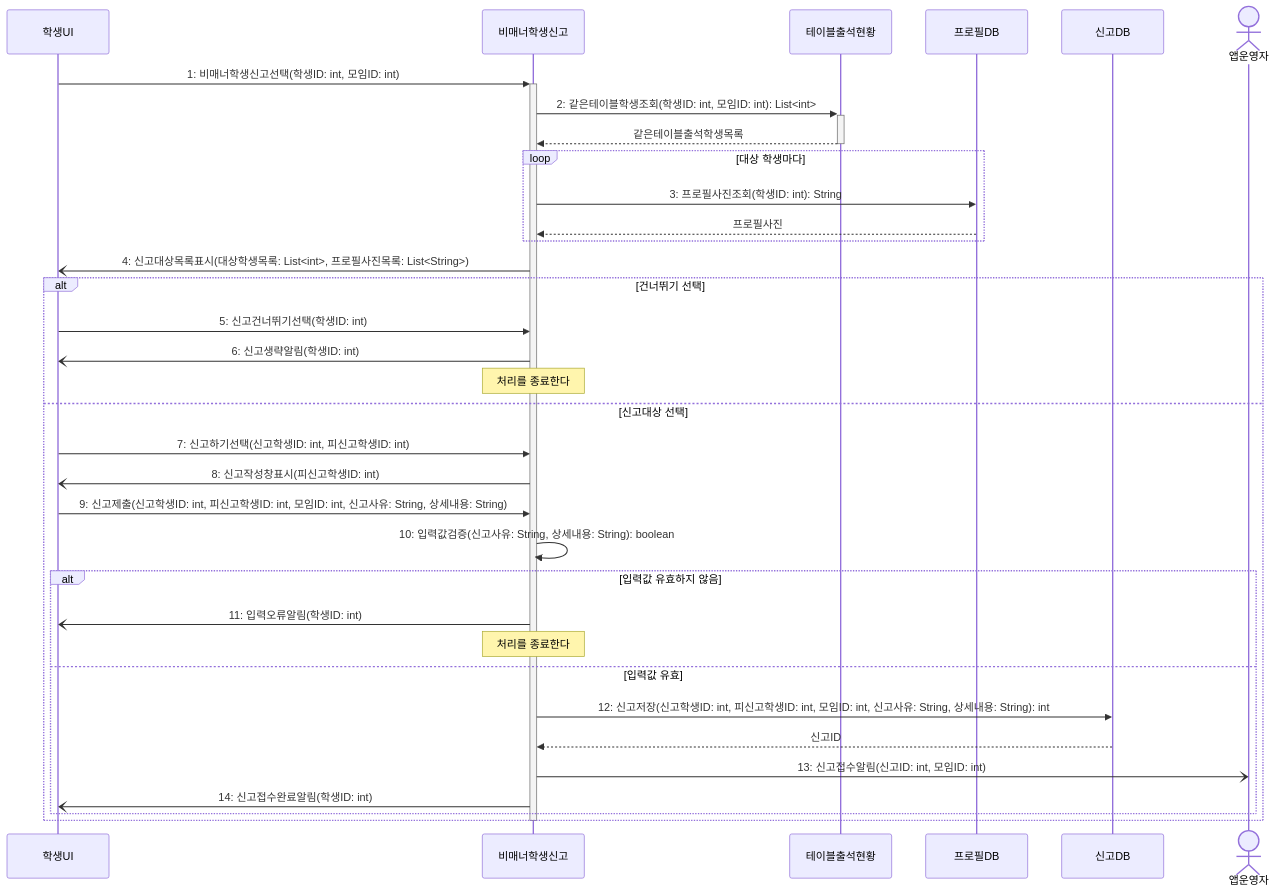
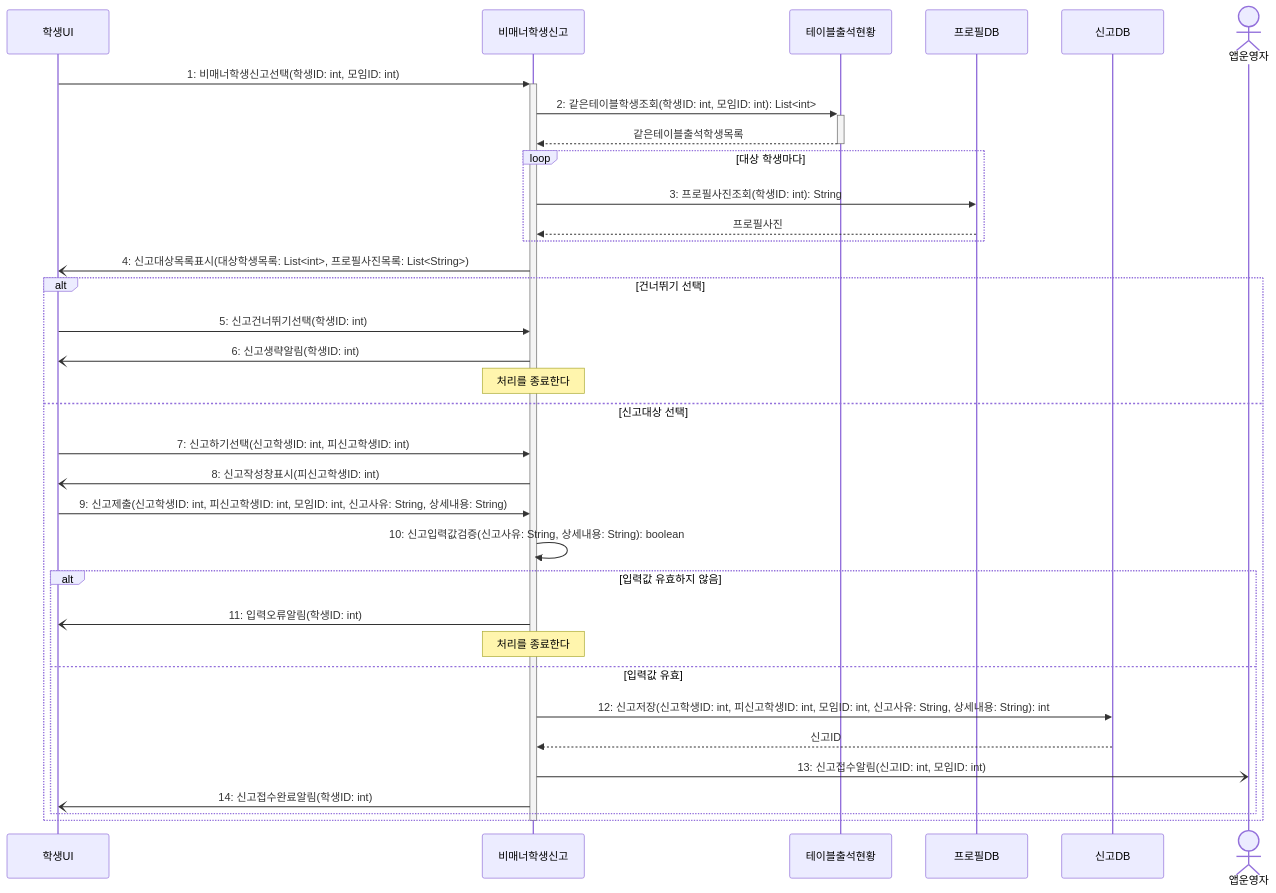
The diagram in sequence/seq-12.md (hojae3/sw-engineering-16), drawn with Mermaid before and after one commit. The commit also changed other lines of this file and 35 other files, not shown here.

````diff
--- a/sequence/seq-12.md
+++ b/sequence/seq-12.md
@@ -25,40 +25,40 @@
 ```mermaid
 sequenceDiagram
     participant 학생UI as 학생UI
     participant 신고 as 비매너학생신고
     participant 현황 as 테이블출석현황
     participant 프로필DB as 프로필DB
     participant 신고DB as 신고DB
     actor 앱운영자
 
     학생UI->>+신고: 1: 비매너학생신고선택(학생ID: int, 모임ID: int)
     신고->>+현황: 2: 같은테이블학생조회(학생ID: int, 모임ID: int): List<int>
     현황-->>-신고: 같은테이블출석학생목록
     loop 대상 학생마다
         신고->>프로필DB: 3: 프로필사진조회(학생ID: int): String
         프로필DB-->>신고: 프로필사진
     end
     신고-)학생UI: 4: 신고대상목록표시(대상학생목록: List<int>, 프로필사진목록: List<String>)
 
     alt 건너뛰기 선택
         학생UI->>신고: 5: 신고건너뛰기선택(학생ID: int)
         신고-)학생UI: 6: 신고생략알림(학생ID: int)
         Note over 신고: 처리를 종료한다
     else 신고대상 선택
         학생UI->>신고: 7: 신고하기선택(신고학생ID: int, 피신고학생ID: int)
         신고-)학생UI: 8: 신고작성창표시(피신고학생ID: int)
         학생UI->>신고: 9: 신고제출(신고학생ID: int, 피신고학생ID: int, 모임ID: int, 신고사유: String, 상세내용: String)
-        신고->>신고: 10: 입력값검증(신고사유: String, 상세내용: String): boolean
+        신고->>신고: 10: 신고입력값검증(신고사유: String, 상세내용: String): boolean
 
         alt 입력값 유효하지 않음
             신고-)학생UI: 11: 입력오류알림(학생ID: int)
             Note over 신고: 처리를 종료한다
         else 입력값 유효
             신고->>신고DB: 12: 신고저장(신고학생ID: int, 피신고학생ID: int, 모임ID: int, 신고사유: String, 상세내용: String): int
             신고DB-->>신고: 신고ID
             신고-)앱운영자: 13: 신고접수알림(신고ID: int, 모임ID: int)
             신고-)학생UI: 14: 신고접수완료알림(학생ID: int)
         end
     end
     deactivate 신고
 ```
````
